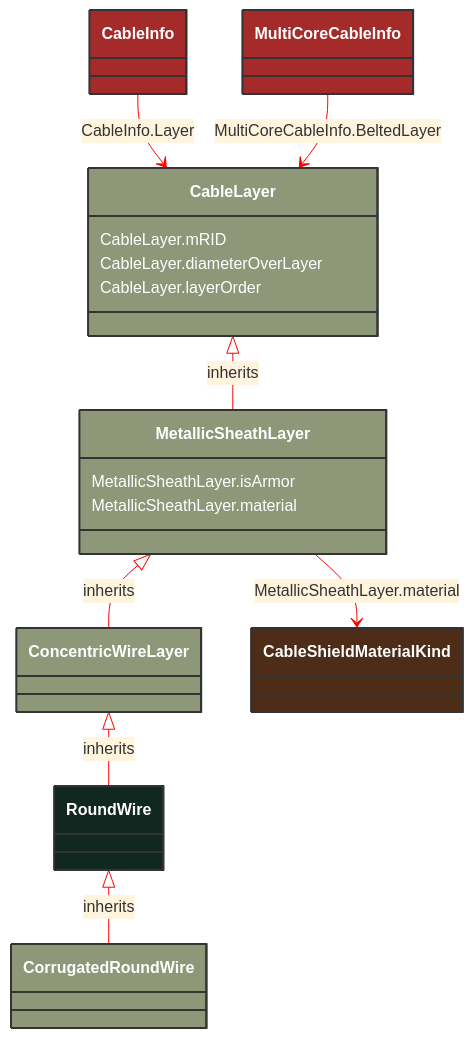
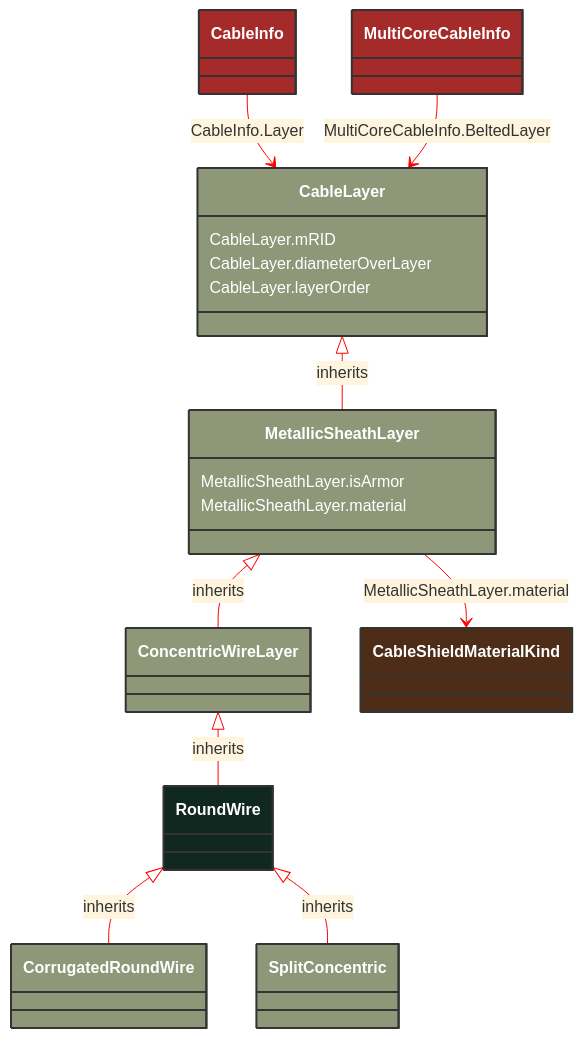
Before and after one commit to 3lbits/NoCIMExtensions: the diagram in docs/Models/Profiles/SubseaCableInfo/ConcreteClasses/RoundWire.md, drawn with Mermaid. The commit also changed 63 other files, not shown here.

````diff
--- a/docs/Models/Profiles/SubseaCableInfo/ConcreteClasses/RoundWire.md
+++ b/docs/Models/Profiles/SubseaCableInfo/ConcreteClasses/RoundWire.md
@@ -8,50 +8,56 @@
 ```mermaid
 %%{init: {'theme':'base','themeVariables': {'lineColor': '#FF0000'}}}%%
 classDiagram
     class RoundWire
     click RoundWire href "/Models/Profiles/SubseaCableInfo/ConcreteClasses/RoundWire/"
     style RoundWire fill:#102820,stroke:#333,stroke-width:2px,rx:10,ry:10,color:white
 
         RoundWire <|-- CorrugatedRoundWire : inherits
 
         CorrugatedRoundWire
             click CorrugatedRoundWire href "/Models/Profiles/SubseaCableInfo/ConcreteClasses/CorrugatedRoundWire/"
             style CorrugatedRoundWire fill:#8F9779,stroke:#333,stroke-width:2px,rx:10,ry:10,color:white
+
+        RoundWire <|-- SplitConcentric : inherits
+
+        SplitConcentric
+            click SplitConcentric href "/Models/Profiles/SubseaCableInfo/ConcreteClasses/SplitConcentric/"
+            style SplitConcentric fill:#8F9779,stroke:#333,stroke-width:2px,rx:10,ry:10,color:white
      
         ConcentricWireLayer <|-- RoundWire : inherits
             click ConcentricWireLayer href "/Models/Profiles/SubseaCableInfo/ConcreteClasses/ConcentricWireLayer/"
             style ConcentricWireLayer fill:#8F9779,stroke:#333,stroke-width:2px,rx:10,ry:10,color:white
      
         MetallicSheathLayer <|-- ConcentricWireLayer : inherits
             click MetallicSheathLayer href "/Models/Profiles/SubseaCableInfo/ConcreteClasses/MetallicSheathLayer/"
             style MetallicSheathLayer fill:#8F9779,stroke:#333,stroke-width:2px,rx:10,ry:10,color:white
      
         CableLayer <|-- MetallicSheathLayer : inherits
             click CableLayer href "/Models/Profiles/SubseaCableInfo/AbstractClasses/CableLayer/"
             style CableLayer fill:#8F9779,stroke:#333,stroke-width:2px,rx:10,ry:10,color:white
 
 
         CableInfo --> CableLayer : CableInfo.Layer
 
         CableInfo
             click CableInfo href "/Models/Profiles/SubseaCableInfo/ConcreteClasses/CableInfo/"
             style CableInfo fill:#A52A2A,stroke:#333,stroke-width:2px,rx:10,ry:10,color:white
 
         MultiCoreCableInfo --> CableLayer : MultiCoreCableInfo.BeltedLayer
 
         MultiCoreCableInfo
             click MultiCoreCableInfo href "/Models/Profiles/SubseaCableInfo/ConcreteClasses/MultiCoreCableInfo/"
             style MultiCoreCableInfo fill:#A52A2A,stroke:#333,stroke-width:2px,rx:10,ry:10,color:white
 
         MetallicSheathLayer --> CableShieldMaterialKind : MetallicSheathLayer.material
 
         CableShieldMaterialKind
             click CableShieldMaterialKind href "/Models/Profiles/SubseaCableInfo/Enumerations/CableShieldMaterialKind/"
             style CableShieldMaterialKind fill:#4D2D18,stroke:#333,stroke-width:2px,rx:10,ry:10,color:white
 
         MetallicSheathLayer : MetallicSheathLayer.isArmor
         MetallicSheathLayer : MetallicSheathLayer.material
         CableLayer : CableLayer.mRID
         CableLayer : CableLayer.diameterOverLayer
         CableLayer : CableLayer.layerOrder
 ```
````
